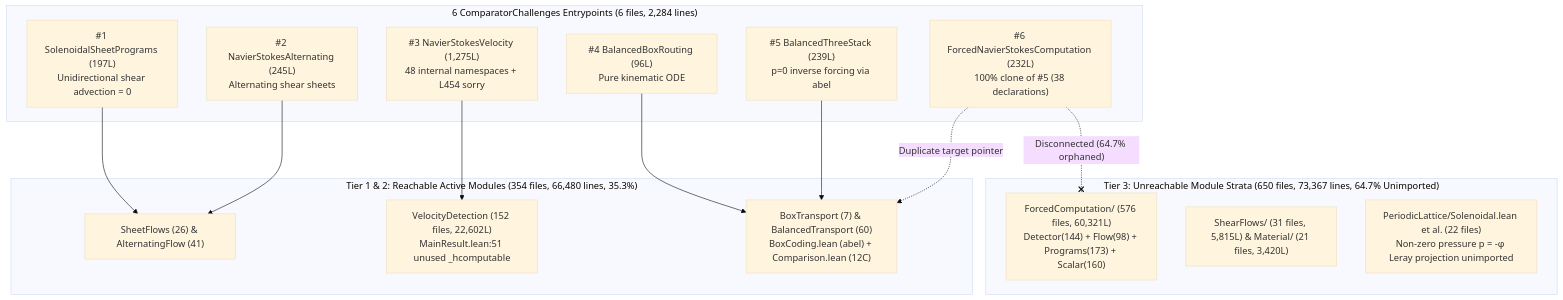
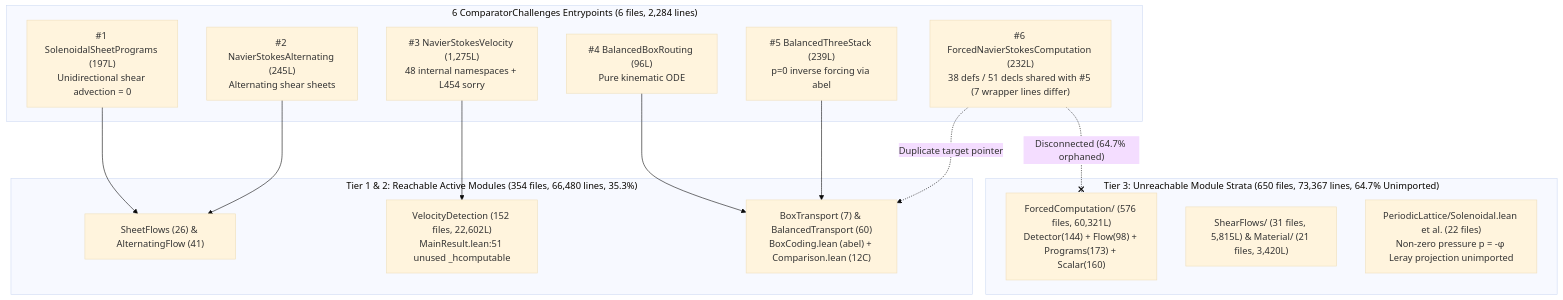
The diagram in anatomy/006-openai-376-navier-stokes/en/03_Expert_Forensic_and_Mathematical_Physics_Report.md (gilheumpark-bit/ultari-proof-anatomy), drawn with Mermaid (base theme) before and after one commit. The commit also changed other lines of this file and 283 other files, not shown here.

````diff
--- a/anatomy/006-openai-376-navier-stokes/en/03_Expert_Forensic_and_Mathematical_Physics_Report.md
+++ b/anatomy/006-openai-376-navier-stokes/en/03_Expert_Forensic_and_Mathematical_Physics_Report.md
@@ -20,31 +20,31 @@
 ```mermaid
 flowchart TD
     subgraph Challenges["6 ComparatorChallenges Entrypoints (6 files, 2,284 lines)"]
         C1["#1 SolenoidalSheetPrograms (197L)<br/>Unidirectional shear advection = 0"]
         C2["#2 NavierStokesAlternating (245L)<br/>Alternating shear sheets"]
         C3["#3 NavierStokesVelocity (1,275L)<br/>48 internal namespaces + L454 sorry"]
         C4["#4 BalancedBoxRouting (96L)<br/>Pure kinematic ODE"]
         C5["#5 BalancedThreeStack (239L)<br/>p=0 inverse forcing via abel"]
-        C6["#6 ForcedNavierStokesComputation (232L)<br/>100% clone of #5 (38 declarations)"]
+        C6["#6 ForcedNavierStokesComputation (232L)<br/>38 defs / 51 decls shared with #5 (7 wrapper lines differ)"]
     end
 
     subgraph Reachable["Tier 1 & 2: Reachable Active Modules (354 files, 66,480 lines, 35.3%)"]
         R1["SheetFlows (26) & AlternatingFlow (41)"]
         R2["VelocityDetection (152 files, 22,602L)<br/>MainResult.lean:51 unused _hcomputable"]
         R3["BoxTransport (7) & BalancedTransport (60)<br/>BoxCoding.lean (abel) + Comparison.lean (12C)"]
     end
 
     subgraph Orphaned["Tier 3: Unreachable Module Strata (650 files, 73,367 lines, 64.7% Unimported)"]
         O1["ForcedComputation/ (576 files, 60,321L)<br/>Detector(144) + Flow(98) + Programs(173) + Scalar(160)"]
         O2["ShearFlows/ (31 files, 5,815L) & Material/ (21 files, 3,420L)"]
         O3["PeriodicLattice/Solenoidal.lean et al. (22 files)<br/>Non-zero pressure p = -φ Leray projection unimported"]
     end
 
     C1 --> R1
     C2 --> R1
     C3 --> R2
     C4 --> R3
     C5 --> R3
     C6 -. "Duplicate target pointer" .-> R3
     C6 -.-x|"Disconnected (64.7% orphaned)"| O1
 ```
````
